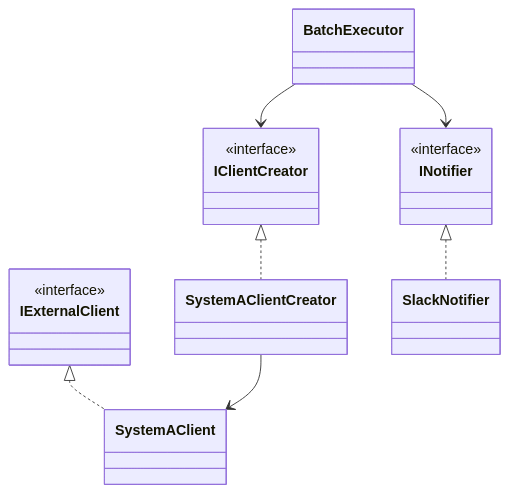
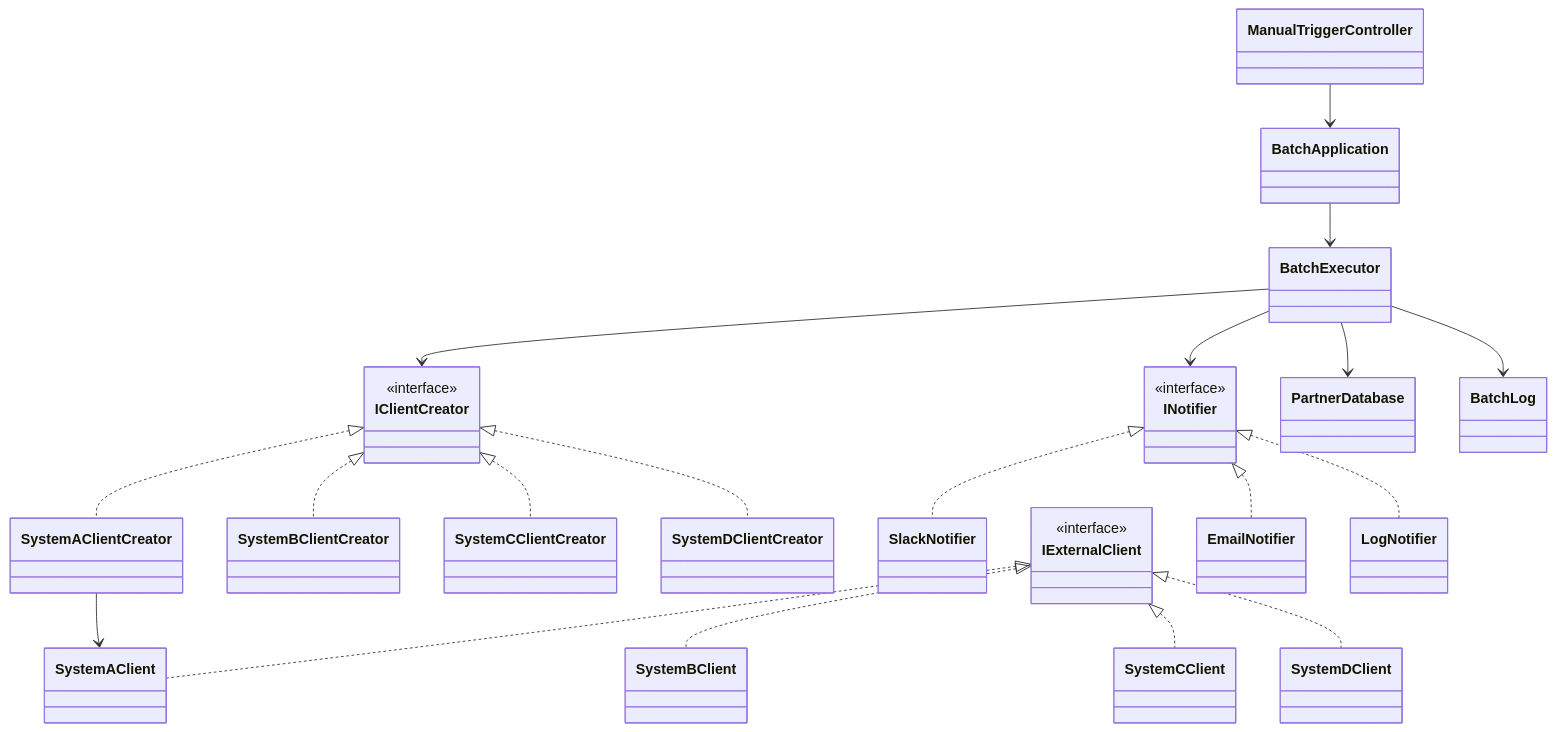
One commit to kumachan1101-pixel/DesignPattern changed the eighth of 12 diagrams in kindle/design-patterns/output/chapter10.md. Above: the diagram before and after it, drawn with Mermaid. The commit also changed other lines of this file and 19 other files, not shown here.

````diff
--- a/kindle/design-patterns/output/chapter10.md
+++ b/kindle/design-patterns/output/chapter10.md
@@ -1868,16 +1690,40 @@
 ```mermaid
 classDiagram
+    class PartnerDatabase
+    class BatchLog
+    class BatchApplication
+    class ManualTriggerController
+    class EmailNotifier
+    class LogNotifier
+    class SystemBClient
+    class SystemCClient
+    class SystemDClient
+    class SystemBClientCreator
+    class SystemCClientCreator
+    class SystemDClientCreator
     class BatchExecutor
     class IExternalClient { <<interface>> }
     class IClientCreator { <<interface>> }
     class INotifier { <<interface>> }
     class SystemAClientCreator
     class SystemAClient
     class SlackNotifier
     BatchExecutor --> IClientCreator
     BatchExecutor --> INotifier
     IClientCreator <|.. SystemAClientCreator
     IExternalClient <|.. SystemAClient
     SystemAClientCreator --> SystemAClient
     INotifier <|.. SlackNotifier
+    INotifier <|.. EmailNotifier
+    INotifier <|.. LogNotifier
+    IExternalClient <|.. SystemBClient
+    IExternalClient <|.. SystemCClient
+    IExternalClient <|.. SystemDClient
+    IClientCreator <|.. SystemBClientCreator
+    IClientCreator <|.. SystemCClientCreator
+    IClientCreator <|.. SystemDClientCreator
+    BatchExecutor --> PartnerDatabase
+    BatchExecutor --> BatchLog
+    BatchApplication --> BatchExecutor
+    ManualTriggerController --> BatchApplication
 ```
````
